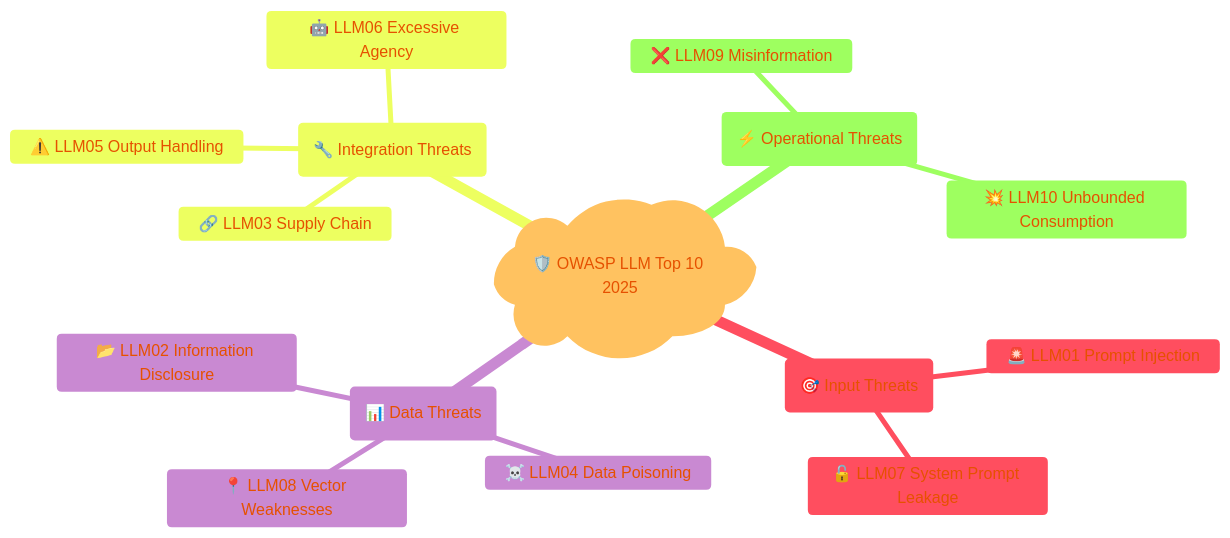
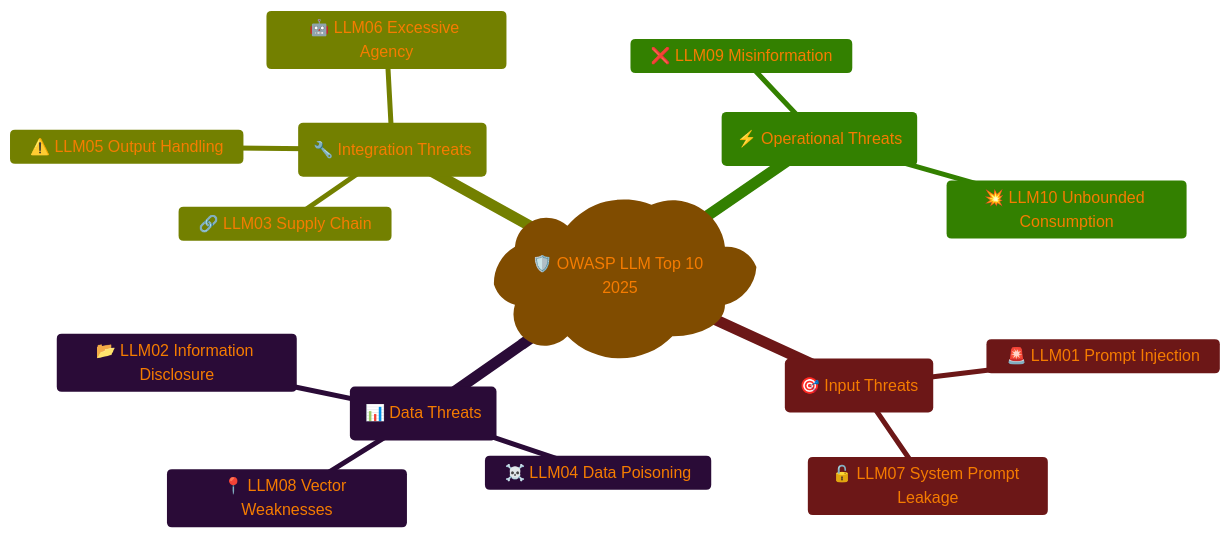
One commit to Hack23/ISMS-PUBLIC changed the fourth of 15 diagrams in OWASP_LLM_Security_Policy.md. Above: the diagram before and after it, drawn with Mermaid. The commit also changed other lines of this file and 35 other files, not shown here.

````diff
--- a/OWASP_LLM_Security_Policy.md
+++ b/OWASP_LLM_Security_Policy.md
@@ -429,30 +429,30 @@
 ```mermaid
 %%{
   init: {
     'theme': 'base',
     'themeVariables': {
-      'primaryColor': '#fff3e0',
-      'primaryTextColor': '#e65100',
+      'primaryColor': '#FF9800',
+      'primaryTextColor': '#F57C00',
       'lineColor': '#ff9800',
-      'secondaryColor': '#ffcdd2',
-      'tertiaryColor': '#f3e5f5'
+      'secondaryColor': '#D32F2F',
+      'tertiaryColor': '#7B1FA2'
     }
   }
 }%%
 mindmap
   root)🛡️ OWASP LLM Top 10 2025(
     (🎯 Input Threats)
       🚨 LLM01 Prompt Injection
       🔓 LLM07 System Prompt Leakage
     (📊 Data Threats)
       📂 LLM02 Information Disclosure
       ☠️ LLM04 Data Poisoning
       📍 LLM08 Vector Weaknesses
     (🔧 Integration Threats)
       🔗 LLM03 Supply Chain
       ⚠️ LLM05 Output Handling
       🤖 LLM06 Excessive Agency
     (⚡ Operational Threats)
       ❌ LLM09 Misinformation
       💥 LLM10 Unbounded Consumption
 ```
````
